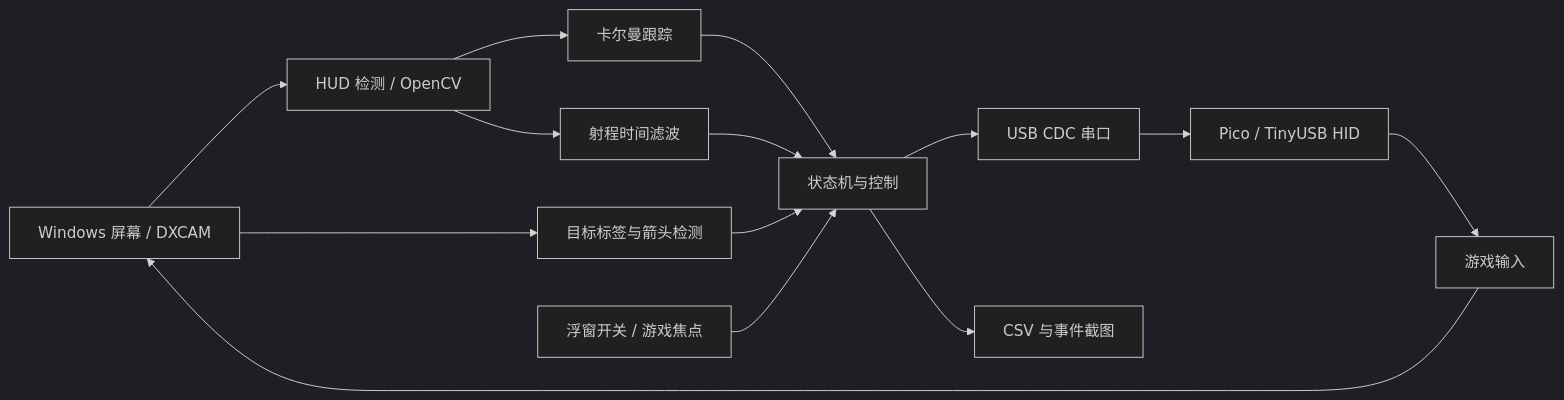
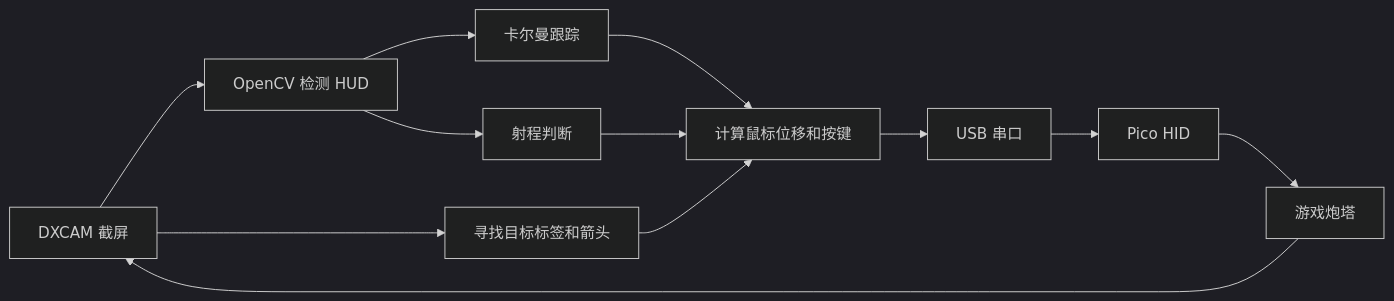
The diagram in docs/architecture.md (LouieLumi/StarCitizen-AIGuner), drawn with Mermaid (dark theme) before and after one commit. The commit also changed other lines of this file and 5 other files, not shown here.

````diff
--- a/docs/architecture.md
+++ b/docs/architecture.md
@@ -7,16 +9,14 @@
 ```mermaid
 flowchart LR
-    A[Windows 屏幕 / DXCAM] --> B[HUD 检测 / OpenCV]
+    A[DXCAM 截屏] --> B[OpenCV 检测 HUD]
     B --> C[卡尔曼跟踪]
-    B --> D[射程时间滤波]
-    A --> E[目标标签与箭头检测]
-    C --> F[状态机与控制]
+    B --> D[射程判断]
+    A --> E[寻找目标标签和箭头]
+    C --> F[计算鼠标位移和按键]
     D --> F
     E --> F
-    F --> G[USB CDC 串口]
-    G --> H[Pico / TinyUSB HID]
-    H --> I[游戏输入]
+    F --> G[USB 串口]
+    G --> H[Pico HID]
+    H --> I[游戏炮塔]
     I --> A
-    F --> J[CSV 与事件截图]
-    K[浮窗开关 / 游戏焦点] --> F
 ```
````
